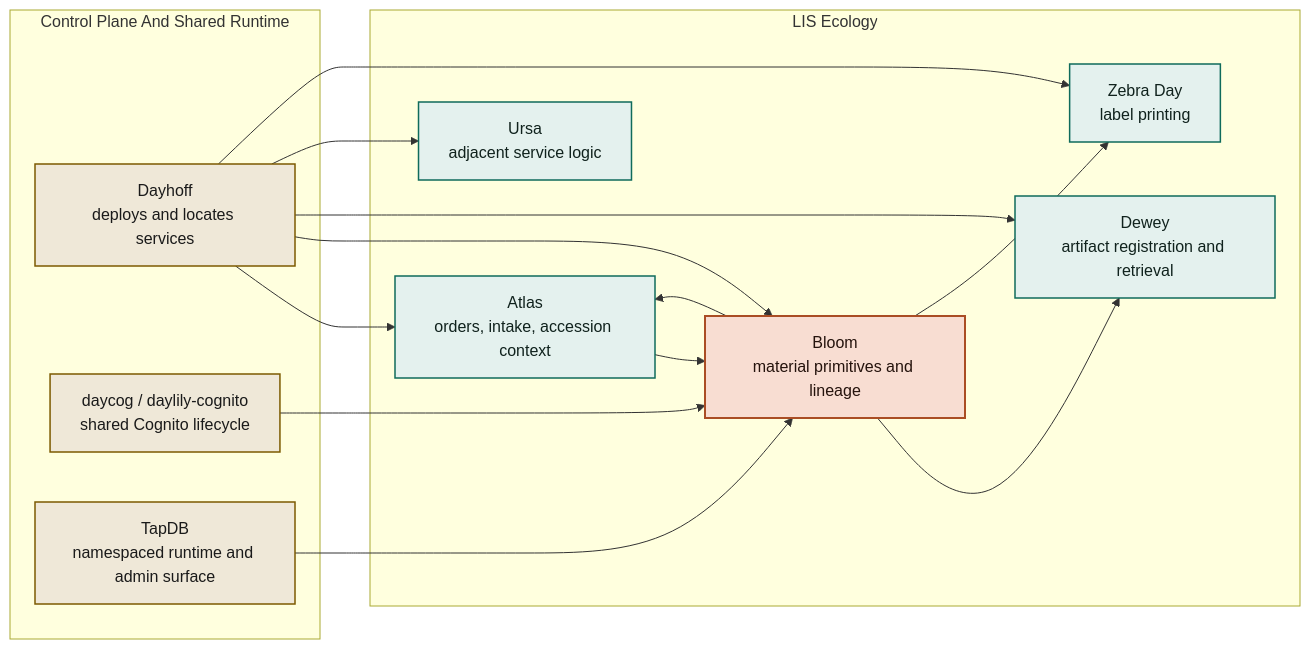
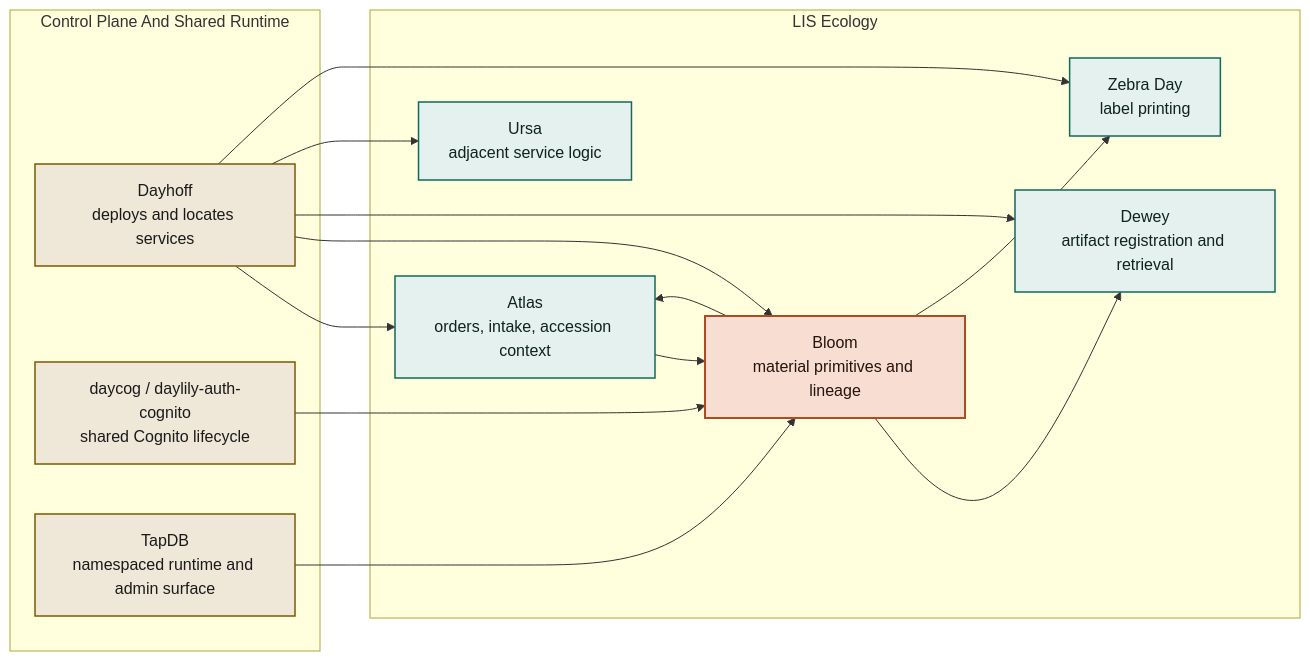
The first of 3 diagrams in README.md (Daylily-Informatics/bloom), drawn with Mermaid before and after one commit. The commit also changed other lines of this file and 10 other files, not shown here.

Commit message:
Fix Bloom Cognito config and auth session flow

````diff
--- a/README.md
+++ b/README.md
@@ -9,37 +11,37 @@
 ```mermaid
 flowchart LR
     classDef control fill:#efe8d8,stroke:#7c5a00,color:#1a1a1a,stroke-width:1.5px;
     classDef service fill:#e4f1ee,stroke:#0f6b5b,color:#10221d,stroke-width:1.5px;
     classDef core fill:#f8ddd2,stroke:#aa4d24,color:#25130d,stroke-width:2px;
     classDef data fill:#e7ebfb,stroke:#3758b5,color:#111a35,stroke-width:1.5px;
 
     subgraph Control["Control Plane And Shared Runtime"]
         Dayhoff["Dayhoff<br/>deploys and locates services"]
-        daycog["daycog / daylily-cognito<br/>shared Cognito lifecycle"]
+        daycog["daycog / daylily-auth-cognito<br/>shared Cognito lifecycle"]
         TapDB["TapDB<br/>namespaced runtime and admin surface"]
     end
 
     subgraph Services["LIS Ecology"]
         Atlas["Atlas<br/>orders, intake, accession context"]
         Bloom["Bloom<br/>material primitives and lineage"]
         Dewey["Dewey<br/>artifact registration and retrieval"]
         Ursa["Ursa<br/>adjacent service logic"]
         Zebra["Zebra Day<br/>label printing"]
     end
 
     Dayhoff --> Atlas
     Dayhoff --> Bloom
     Dayhoff --> Dewey
     Dayhoff --> Ursa
     Dayhoff --> Zebra
     daycog --> Bloom
     TapDB --> Bloom
     Atlas --> Bloom
     Bloom --> Dewey
     Bloom --> Zebra
     Bloom --> Atlas
 
     class Dayhoff,daycog,TapDB control
     class Atlas,Dewey,Ursa,Zebra service
     class Bloom core
 ```
````
